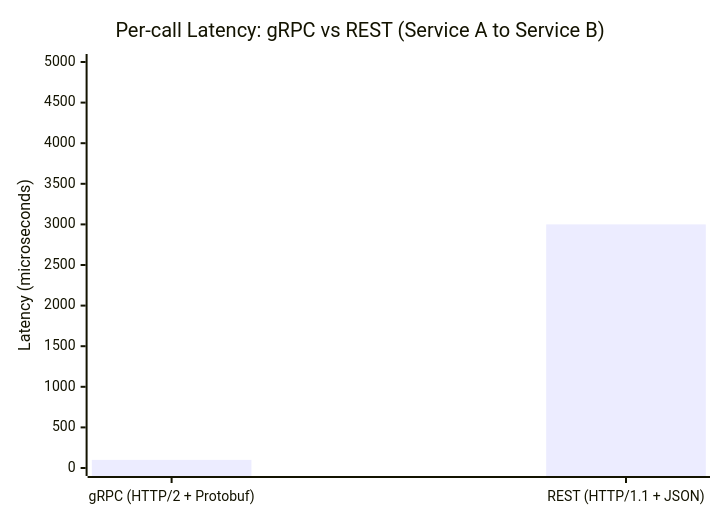
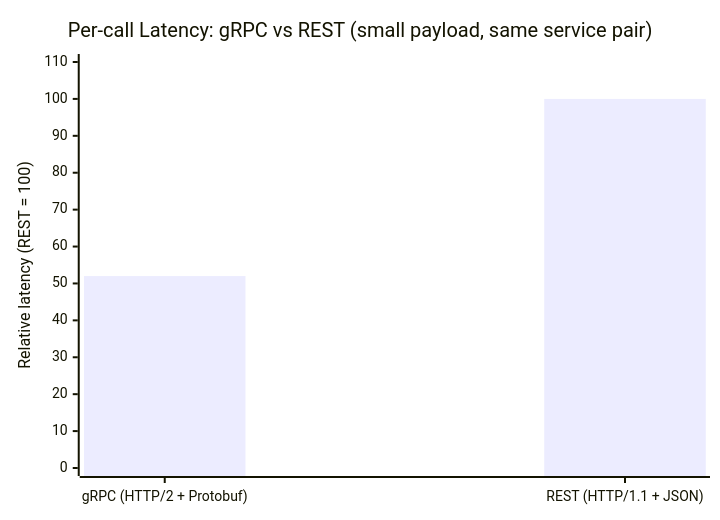
Before and after one commit to rppol/system-design: the sixth of 24 diagrams in src/main/java/com/rutik/systemdesign/hld/microservices/README.md, drawn with Mermaid. The commit also changed other lines of this file and 3 other files, not shown here.

````diff
--- a/src/main/java/com/rutik/systemdesign/hld/microservices/README.md
+++ b/src/main/java/com/rutik/systemdesign/hld/microservices/README.md
@@ -246,7 +246,7 @@
 ```mermaid
 xychart-beta
-    title "Per-call Latency: gRPC vs REST (Service A to Service B)"
+    title "Per-call Latency: gRPC vs REST (small payload, same service pair)"
     x-axis ["gRPC (HTTP/2 + Protobuf)", "REST (HTTP/1.1 + JSON)"]
-    y-axis "Latency (microseconds)" 0 --> 5000
-    bar [100, 3000]
+    y-axis "Relative latency (REST = 100)" 0 --> 110
+    bar [52, 100]
 ```
````
